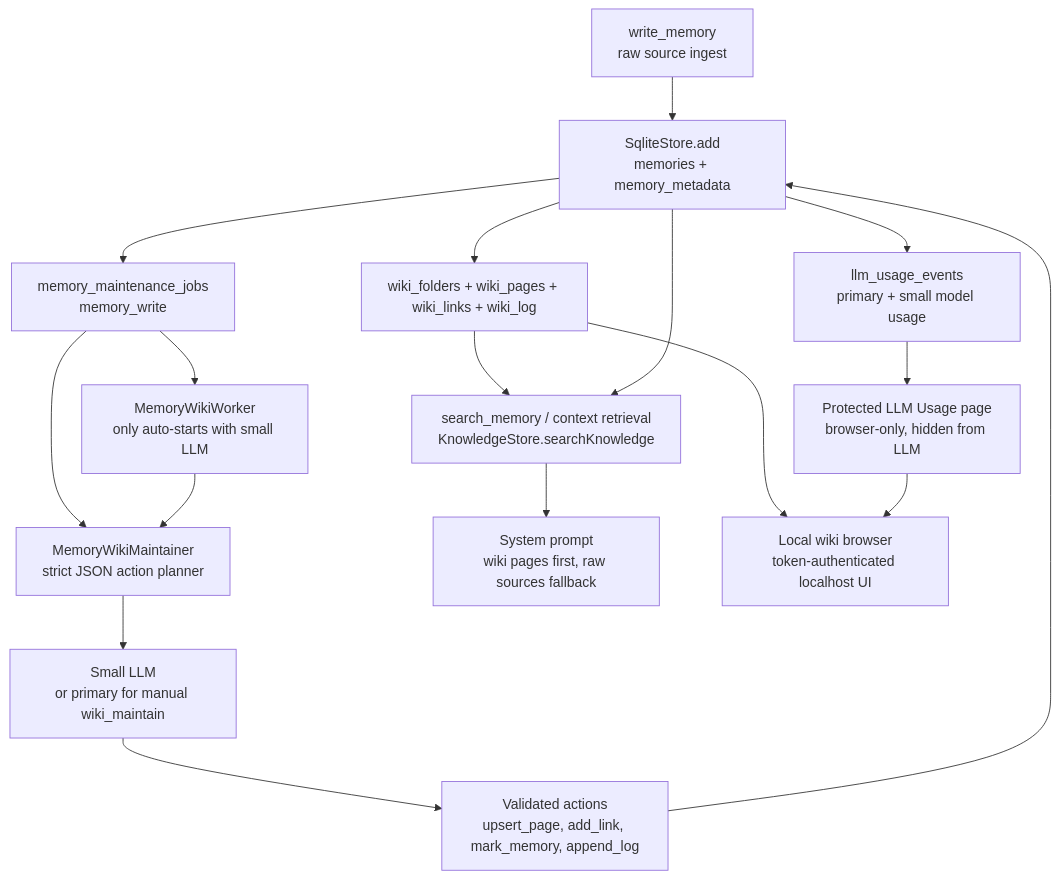
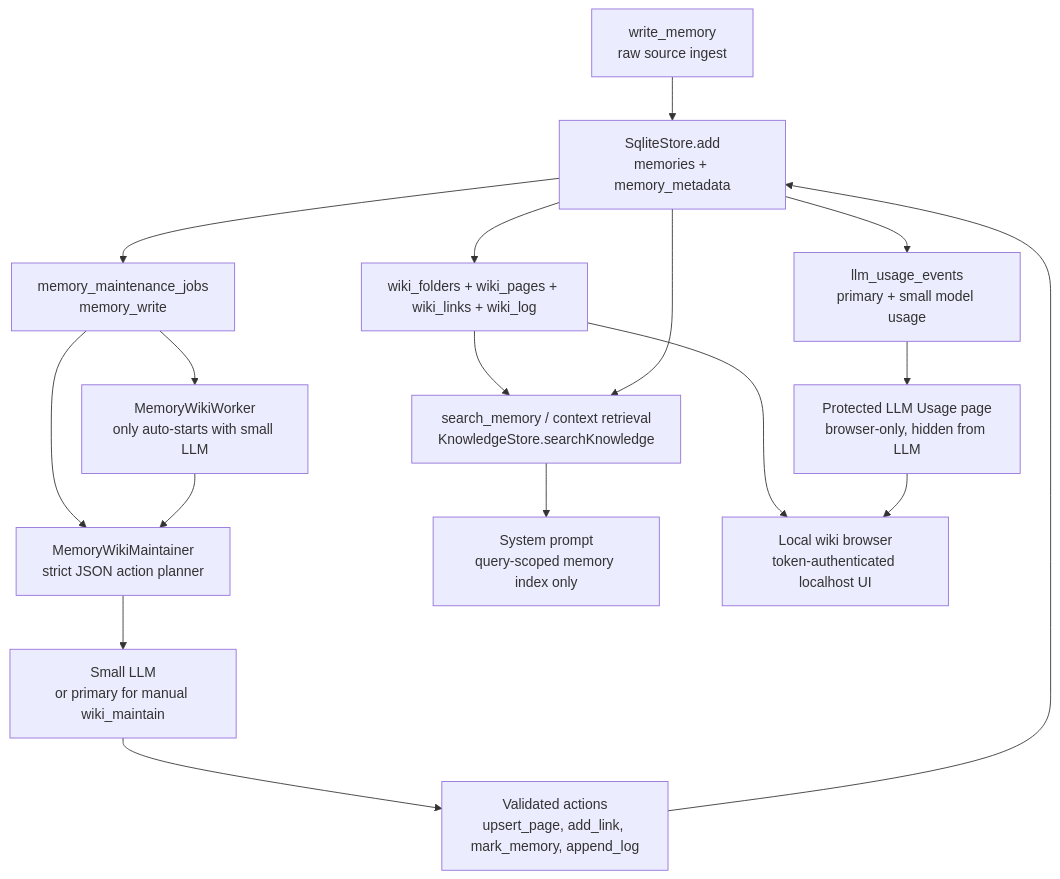
The fourth of 6 diagrams in docs/ARCHITECTURE.md (Crazy-Faust/miniclaw), drawn with Mermaid before and after one commit. The commit also changed other lines of this file and 10 other files, not shown here.

````diff
--- a/docs/ARCHITECTURE.md
+++ b/docs/ARCHITECTURE.md
@@ -184,33 +184,33 @@
 ```mermaid
 flowchart TB
   write["write_memory<br/>raw source ingest"]
   sqlite["SqliteStore.add<br/>memories + memory_metadata"]
   queue["memory_maintenance_jobs<br/>memory_write"]
   worker["MemoryWikiWorker<br/>only auto-starts with small LLM"]
   maintainer["MemoryWikiMaintainer<br/>strict JSON action planner"]
   small["Small LLM<br/>or primary for manual wiki_maintain"]
   actions["Validated actions<br/>upsert_page, add_link, mark_memory, append_log"]
   wiki["wiki_folders + wiki_pages + wiki_links + wiki_log"]
   usage["llm_usage_events<br/>primary + small model usage"]
   usagePage["Protected LLM Usage page<br/>browser-only, hidden from LLM"]
   search["search_memory / context retrieval<br/>KnowledgeStore.searchKnowledge"]
-  prompt["System prompt<br/>wiki pages first, raw sources fallback"]
+  prompt["System prompt<br/>query-scoped memory index only"]
   browser["Local wiki browser<br/>token-authenticated localhost UI"]
 
   write --> sqlite
   sqlite --> queue
   queue --> worker
   queue --> maintainer
   worker --> maintainer
   maintainer --> small
   small --> actions
   actions --> sqlite
   sqlite --> wiki
   sqlite --> usage
   usage --> usagePage
   wiki --> search
   sqlite --> search
   search --> prompt
   wiki --> browser
   usagePage --> browser
 ```
````
